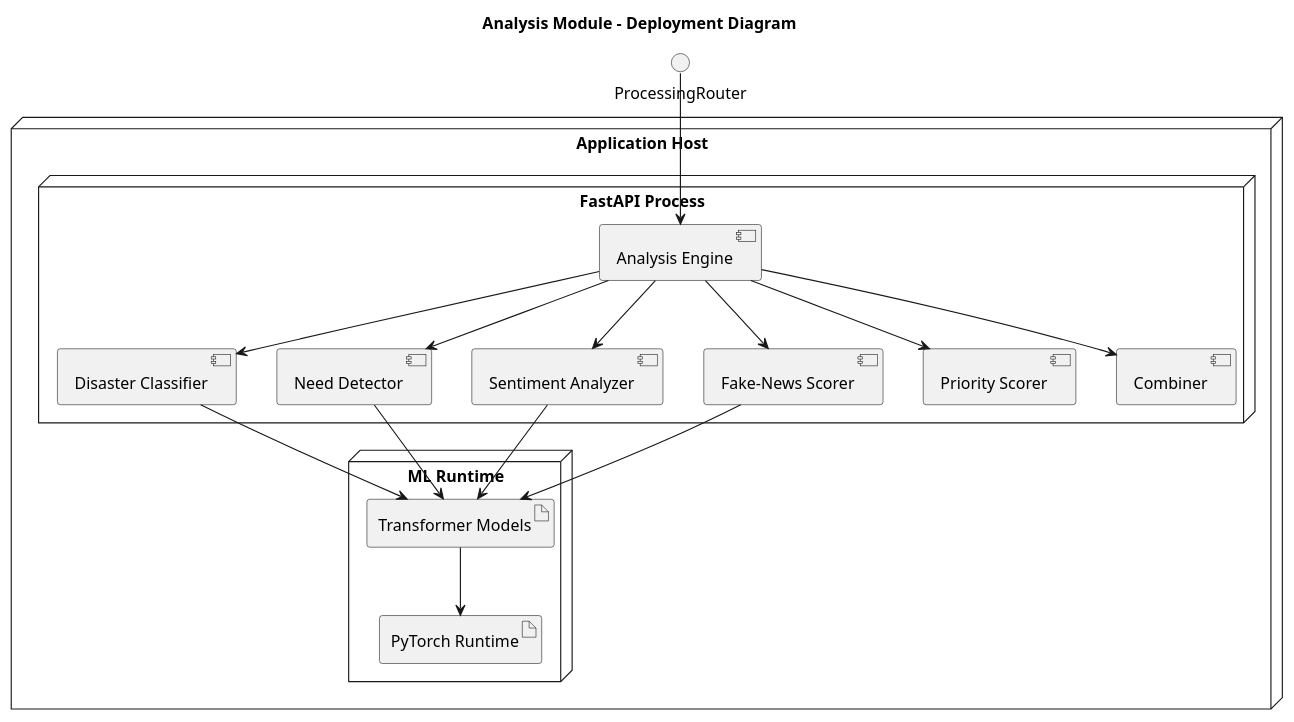
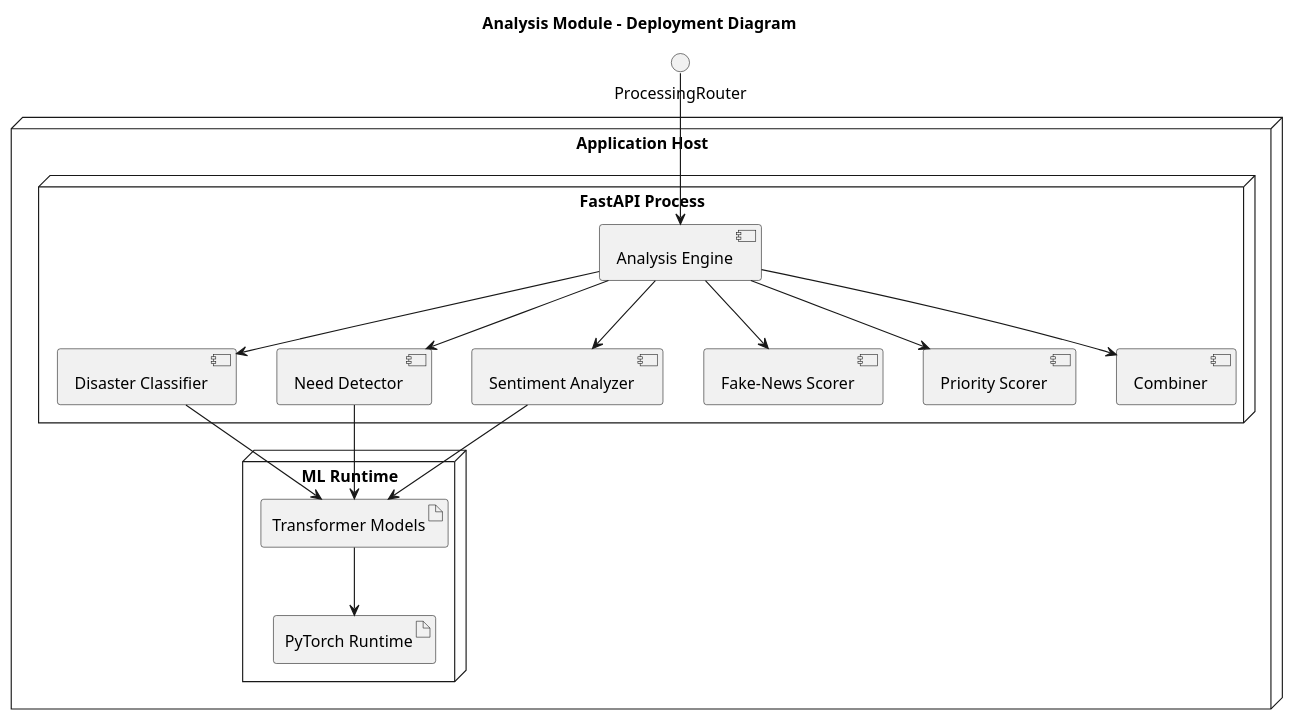
The eighth of 16 diagrams in docs/classDiagrams/module-sequence-deployment.puml (Devraj-nk/capstone-160), drawn with PlantUML before and after one commit. The commit also changed 32 other files, not shown here.

```diff
--- a/docs/classDiagrams/module-sequence-deployment.puml
+++ b/docs/classDiagrams/module-sequence-deployment.puml
@@ -178,30 +178,29 @@
 @startuml AnalysisDeployment
  title Analysis Module - Deployment Diagram
  node "Application Host" {
    node "FastAPI Process" {
      component "Analysis Engine" as Engine
      component "Disaster Classifier" as Disaster
      component "Need Detector" as Needs
      component "Sentiment Analyzer" as Sentiment
      component "Fake-News Scorer" as FakeNews
      component "Priority Scorer" as Priority
      component "Combiner" as Combiner
    }
    node "ML Runtime" {
      artifact "Transformer Models" as Models
      artifact "PyTorch Runtime" as Torch
    }
  }
  ProcessingRouter --> Engine
  Engine --> Disaster
  Engine --> Needs
  Engine --> Sentiment
  Engine --> FakeNews
  Engine --> Priority
  Engine --> Combiner
  Disaster --> Models
  Needs --> Models
  Sentiment --> Models
- FakeNews --> Models
  Models --> Torch
 @enduml
```
